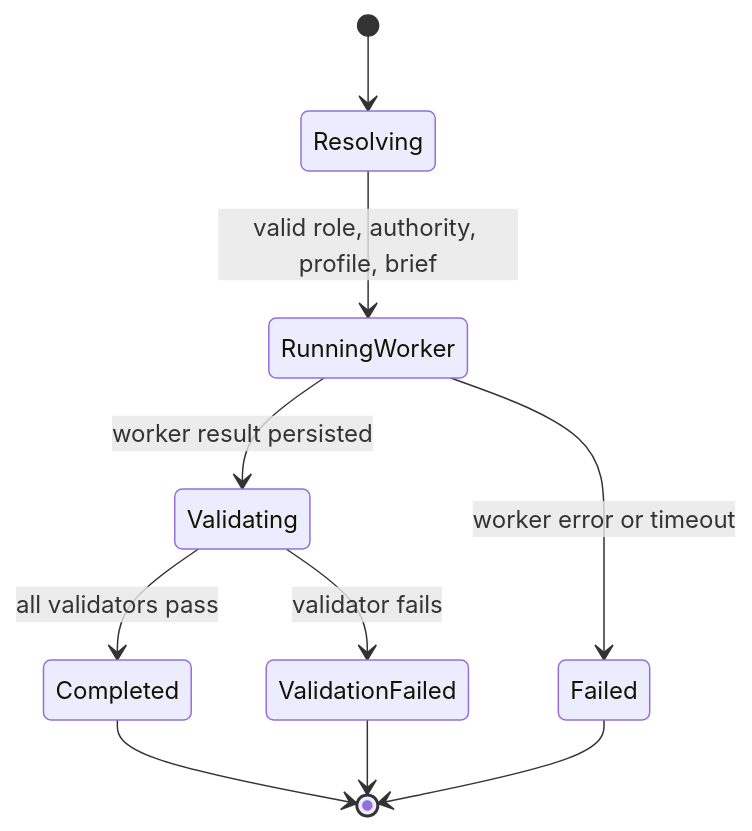
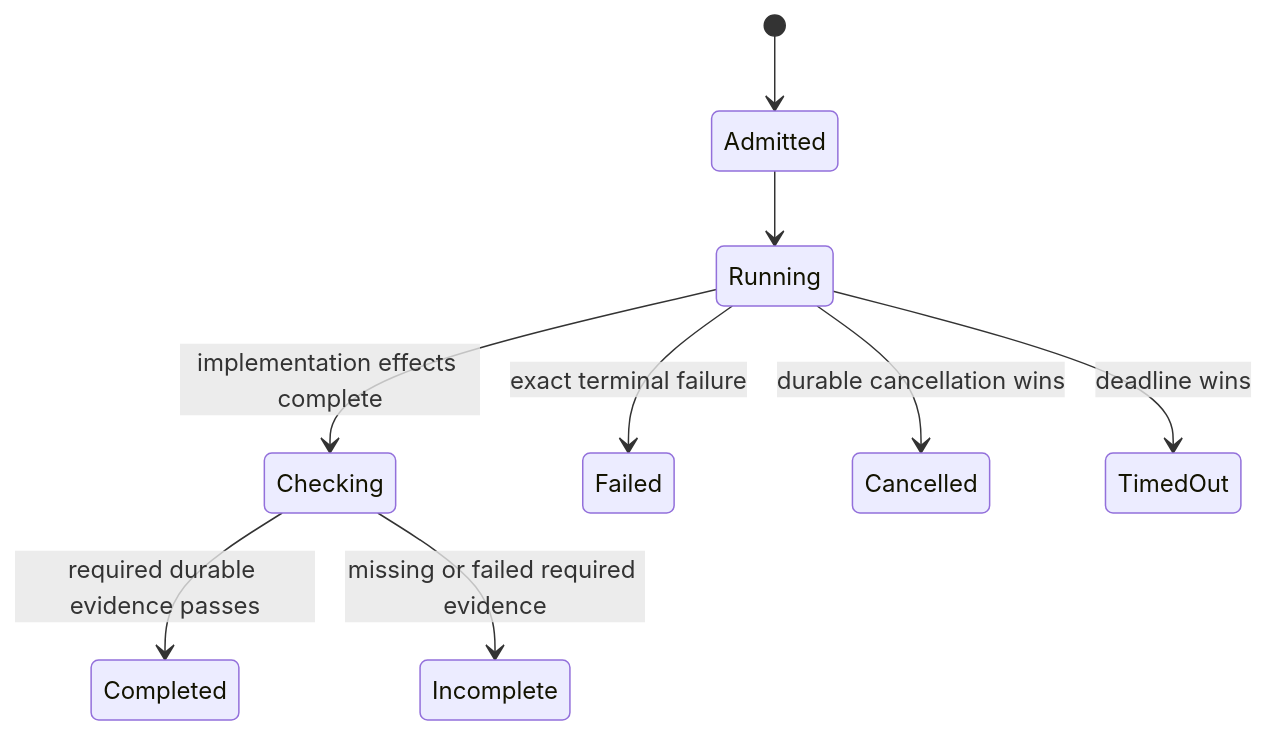
Before and after one commit to scottopell/phoenix-ide: the fourth of 4 diagrams in tasks/73001-p2-done--general-high-effort-cheap-model-coding-agent.md, drawn with Mermaid. The commit also changed other lines of this file, not shown here.

Commit message:
docs: align coding worker design with roadmap stack

````diff
--- a/tasks/73001-p2-done--general-high-effort-cheap-model-coding-agent.md
+++ b/tasks/73001-p2-done--general-high-effort-cheap-model-coding-agent.md
@@ -178,12 +268,11 @@
 ```mermaid
 stateDiagram-v2
-    [*] --> Resolving
-    Resolving --> RunningWorker: valid role, authority, profile, brief
-    RunningWorker --> Failed: worker error or timeout
-    RunningWorker --> Validating: worker result persisted
-    Validating --> Completed: all validators pass
-    Validating --> ValidationFailed: validator fails
-    Completed --> [*]
-    ValidationFailed --> [*]
-    Failed --> [*]
+    [*] --> Admitted
+    Admitted --> Running
+    Running --> Checking: implementation effects complete
+    Checking --> Completed: required durable evidence passes
+    Checking --> Incomplete: missing or failed required evidence
+    Running --> Failed: exact terminal failure
+    Running --> Cancelled: durable cancellation wins
+    Running --> TimedOut: deadline wins
 ```
````
